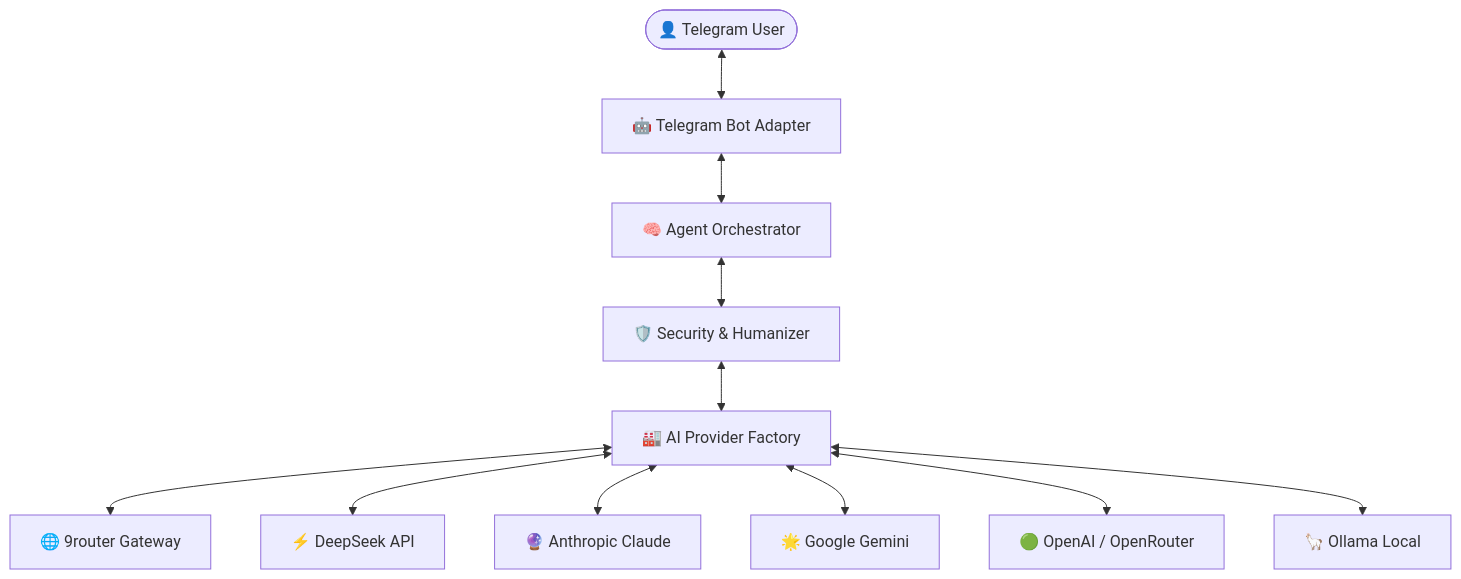
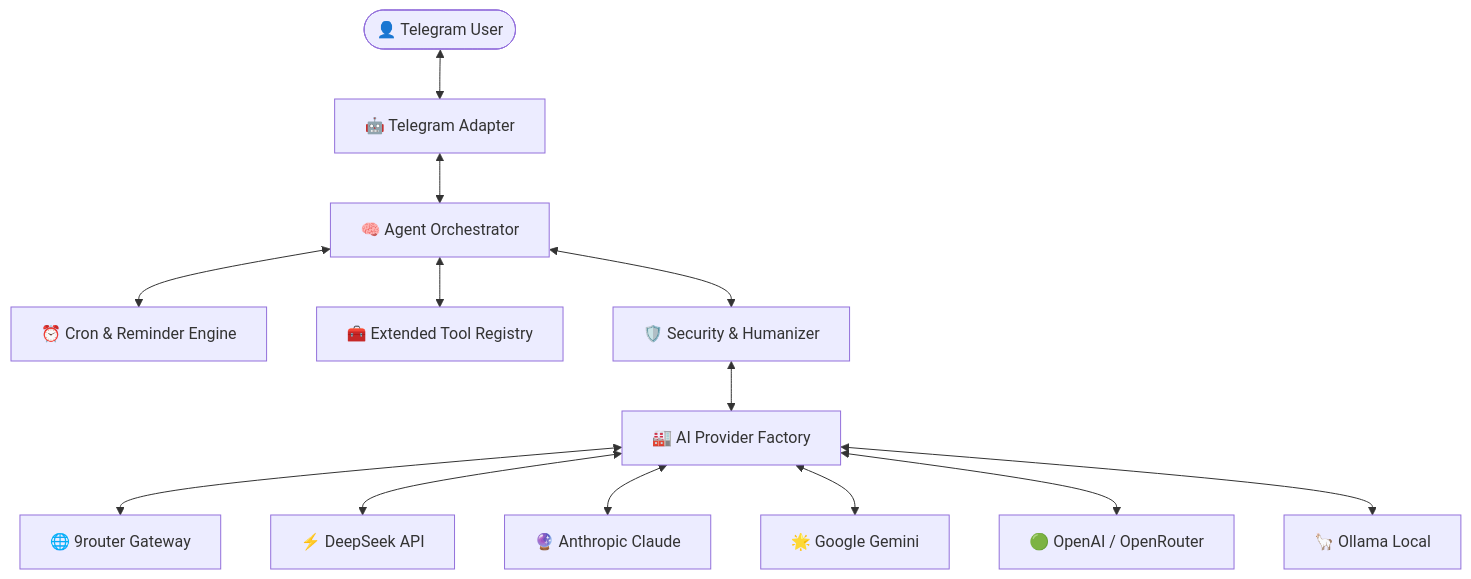
One commit to h1ntz0/Agents-Telegram changed the diagram in README.md. Above: the diagram before and after it, drawn with Mermaid. The commit also changed other lines of this file and 23 other files, not shown here.

Commit message:
feat(v2.0): implement proactive scheduler, multimodal media, extended tools, and 77 test suites

````diff
--- a/README.md
+++ b/README.md
@@ -95,13 +99,15 @@
 ```mermaid
 graph TD
-    User([👤 Telegram User]) <--> Bot[🤖 Telegram Bot Adapter]
-    Bot <--> Orch[🧠 Agent Orchestrator]
-    Orch <--> Sec[🛡️ Security & Humanizer]
-    Sec <--> Factory[🏭 AI Provider Factory]
+    User([👤 Telegram User]) <--> Adapter[🤖 Telegram Adapter]
+    Adapter <--> Orchestrator[🧠 Agent Orchestrator]
+    Orchestrator <--> Sched[⏰ Cron & Reminder Engine]
+    Orchestrator <--> Tools[🧰 Extended Tool Registry]
+    Orchestrator <--> Security[🛡️ Security & Humanizer]
+    Security <--> Factory[🏭 AI Provider Factory]
     Factory <--> P1[🌐 9router Gateway]
     Factory <--> P2[⚡ DeepSeek API]
     Factory <--> P3[🔮 Anthropic Claude]
     Factory <--> P4[🌟 Google Gemini]
     Factory <--> P5[🟢 OpenAI / OpenRouter]
     Factory <--> P6[🦙 Ollama Local]
 ```
````
